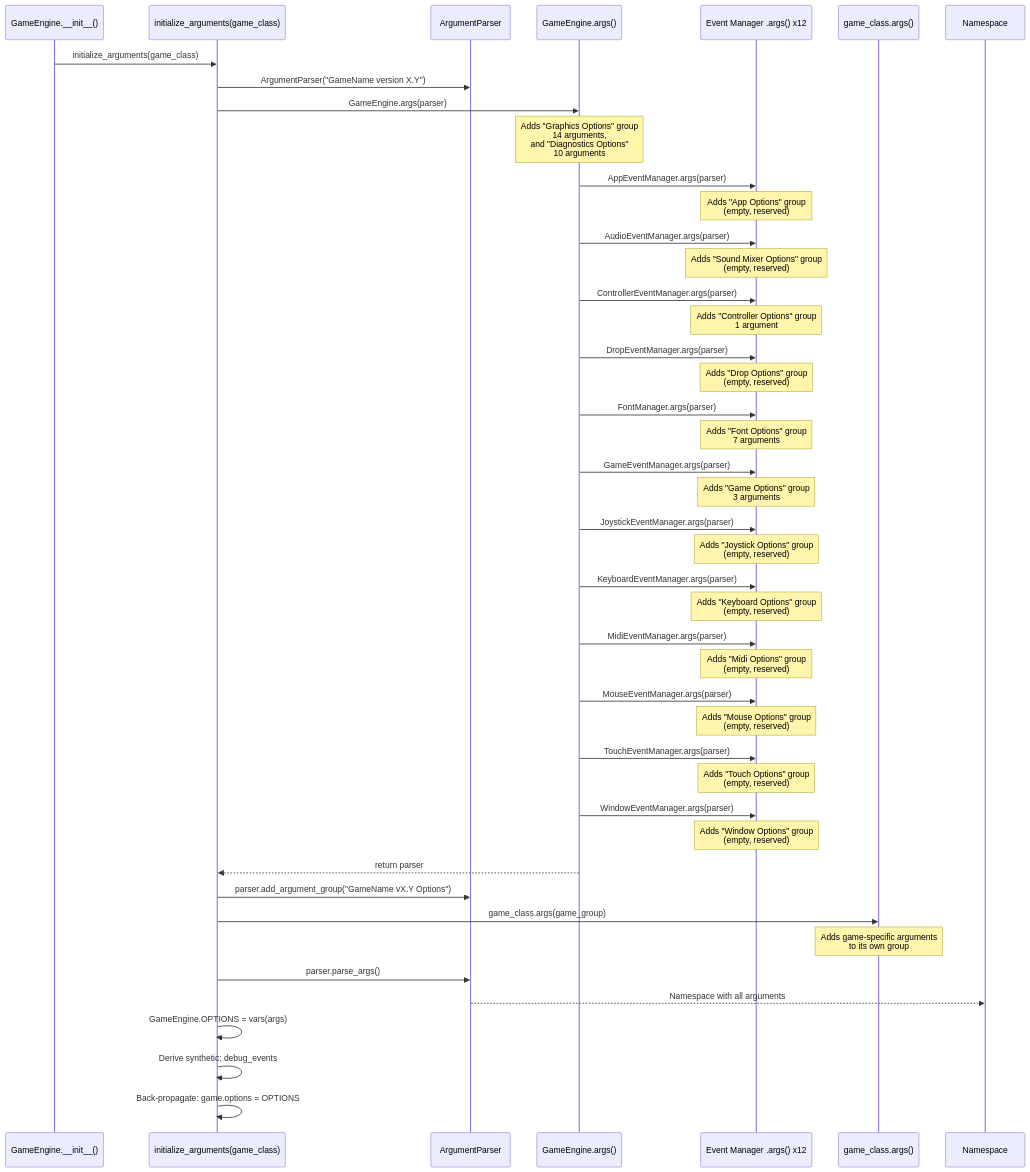
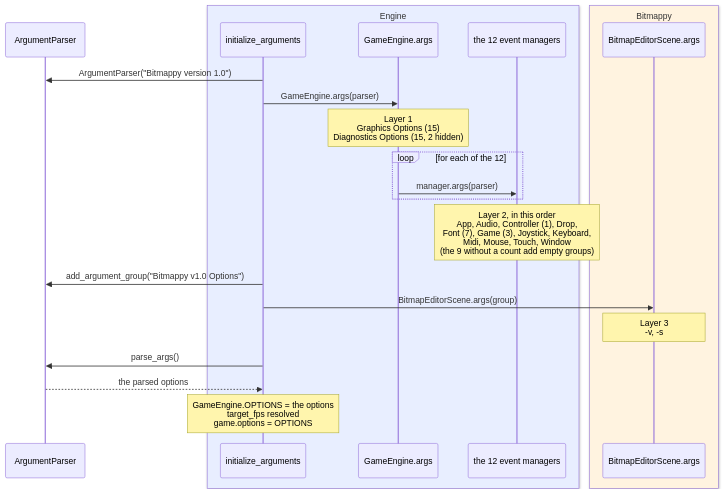
One commit to terrysimons/glitchygames changed the first of 4 diagrams in docs/architecture/argument_system.md. Above: the diagram before and after it, drawn with Mermaid. The commit also changed other lines of this file and 571 other files, not shown here.

````diff
--- a/docs/architecture/argument_system.md
+++ b/docs/architecture/argument_system.md
@@ -13,64 +14,26 @@
 ```mermaid
 sequenceDiagram
-    participant GE as GameEngine.__init__()
-    participant IA as initialize_arguments(game_class)
-    participant AP as ArgumentParser
-    participant ENGINE as GameEngine.args()
-    participant MGR as Event Manager .args() x12
-    participant GAME as game_class.args()
-    participant NS as Namespace
+    participant PARSER as ArgumentParser
+    box rgb(232,238,255) Engine
+    participant INIT as initialize_arguments
+    participant ENGINE as GameEngine.args
+    participant MANAGERS as the 12 event managers
+    end
+    box rgb(255,243,224) Bitmappy
+    participant GAME as BitmapEditorScene.args
+    end
 
-    GE->>IA: initialize_arguments(game_class)
-    IA->>AP: ArgumentParser("GameName version X.Y")
-    IA->>ENGINE: GameEngine.args(parser)
-
-    Note over ENGINE: Adds "Graphics Options" group<br/>14 arguments,<br/>and "Diagnostics Options"<br/>10 arguments
-
-    ENGINE->>MGR: AppEventManager.args(parser)
-    Note over MGR: Adds "App Options" group<br/>(empty, reserved)
-
-    ENGINE->>MGR: AudioEventManager.args(parser)
-    Note over MGR: Adds "Sound Mixer Options" group<br/>(empty, reserved)
-
-    ENGINE->>MGR: ControllerEventManager.args(parser)
-    Note over MGR: Adds "Controller Options" group<br/>1 argument
-
-    ENGINE->>MGR: DropEventManager.args(parser)
-    Note over MGR: Adds "Drop Options" group<br/>(empty, reserved)
-
-    ENGINE->>MGR: FontManager.args(parser)
-    Note over MGR: Adds "Font Options" group<br/>7 arguments
-
-    ENGINE->>MGR: GameEventManager.args(parser)
-    Note over MGR: Adds "Game Options" group<br/>3 arguments
-
-    ENGINE->>MGR: JoystickEventManager.args(parser)
-    Note over MGR: Adds "Joystick Options" group<br/>(empty, reserved)
-
-    ENGINE->>MGR: KeyboardEventManager.args(parser)
-    Note over MGR: Adds "Keyboard Options" group<br/>(empty, reserved)
-
-    ENGINE->>MGR: MidiEventManager.args(parser)
-    Note over MGR: Adds "Midi Options" group<br/>(empty, reserved)
-
-    ENGINE->>MGR: MouseEventManager.args(parser)
-    Note over MGR: Adds "Mouse Options" group<br/>(empty, reserved)
-
-    ENGINE->>MGR: TouchEventManager.args(parser)
-    Note over MGR: Adds "Touch Options" group<br/>(empty, reserved)
-
-    ENGINE->>MGR: WindowEventManager.args(parser)
-    Note over MGR: Adds "Window Options" group<br/>(empty, reserved)
-
-    ENGINE-->>IA: return parser
-
-    IA->>AP: parser.add_argument_group("GameName vX.Y Options")
-    IA->>GAME: game_class.args(game_group)
-    Note over GAME: Adds game-specific arguments<br/>to its own group
-
-    IA->>AP: parser.parse_args()
-    AP-->>NS: Namespace with all arguments
-    IA->>IA: GameEngine.OPTIONS = vars(args)
-    IA->>IA: Derive synthetic: debug_events
-    IA->>IA: Back-propagate: game.options = OPTIONS
+    INIT->>PARSER: ArgumentParser("Bitmappy version 1.0")
+    INIT->>ENGINE: GameEngine.args(parser)
+    Note over ENGINE: Layer 1<br/>Graphics Options (15)<br/>Diagnostics Options (15, 2 hidden)
+    loop for each of the 12
+        ENGINE->>MANAGERS: manager.args(parser)
+    end
+    Note over MANAGERS: Layer 2, in this order<br/>App, Audio, Controller (1), Drop,<br/>Font (7), Game (3), Joystick, Keyboard,<br/>Midi, Mouse, Touch, Window<br/>(the 9 without a count add empty groups)
+    INIT->>PARSER: add_argument_group("Bitmappy v1.0 Options")
+    INIT->>GAME: BitmapEditorScene.args(group)
+    Note over GAME: Layer 3<br/>-v, -s
+    INIT->>PARSER: parse_args()
+    PARSER-->>INIT: the parsed options
+    Note over INIT: GameEngine.OPTIONS = the options<br/>target_fps resolved<br/>game.options = OPTIONS
 ```
````
